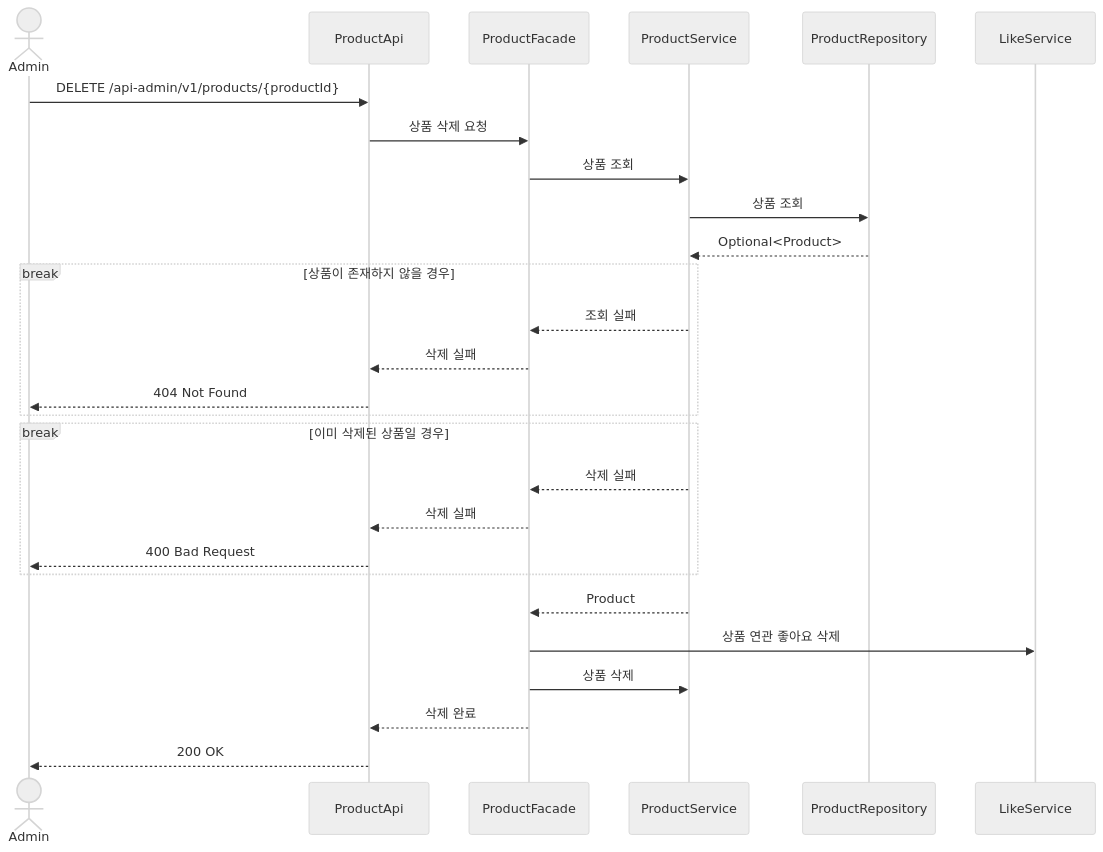
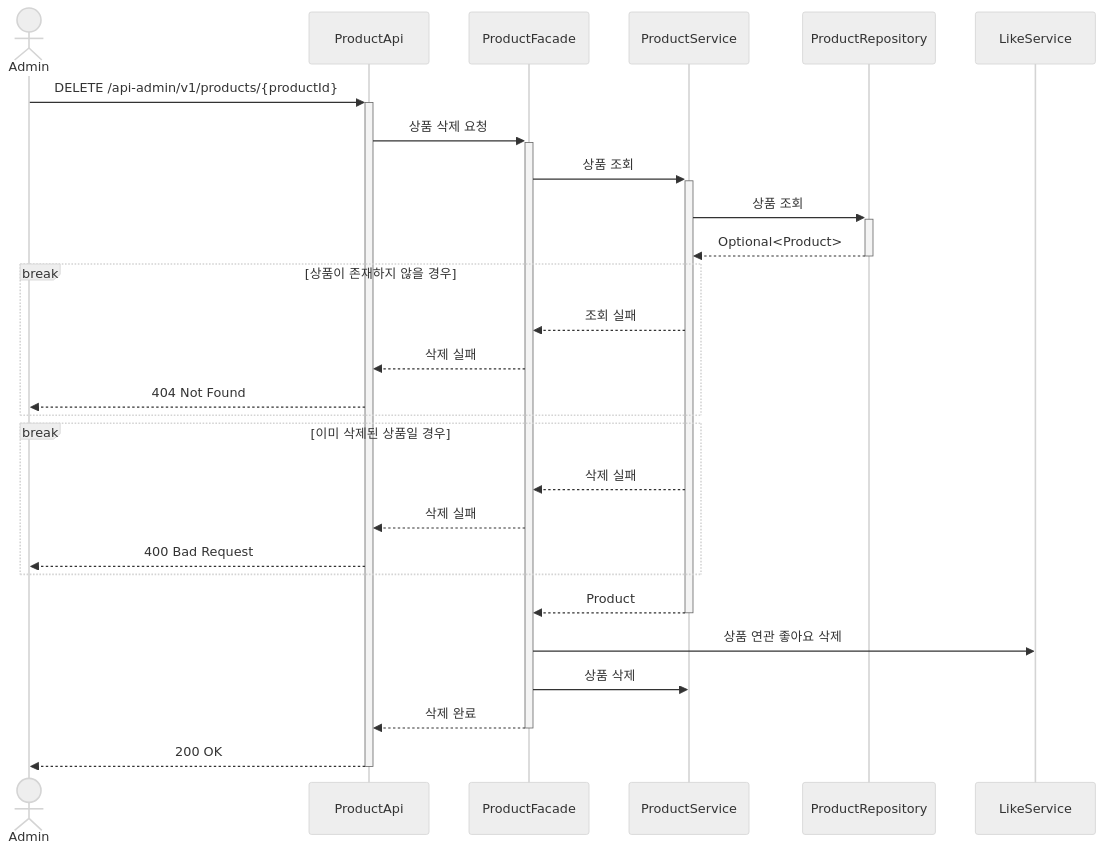
One commit to Loopers-dev-lab/loop-pack-be-l2-vol3-java changed diagram 13 of 23 in .docs/design/02-sequence-diagrams.md. Above: the diagram before and after it, drawn with Mermaid (neutral theme). The commit also changed other lines of this file, not shown here.

Commit message:
docs: 시퀀스 다이어그램에 액티베이션바 추가

````diff
--- a/.docs/design/02-sequence-diagrams.md
+++ b/.docs/design/02-sequence-diagrams.md
@@ -452,34 +456,34 @@
 ```mermaid
 sequenceDiagram
     actor Admin
     participant ProductApi
     participant ProductFacade
     participant ProductService
     participant ProductRepository
     participant LikeService
 
-    Admin ->> ProductApi: DELETE /api-admin/v1/products/{productId}
-    ProductApi ->> ProductFacade: 상품 삭제 요청
-    ProductFacade ->> ProductService: 상품 조회
-    ProductService ->> ProductRepository: 상품 조회
-    ProductRepository -->> ProductService: Optional<Product>
+    Admin ->>+ ProductApi: DELETE /api-admin/v1/products/{productId}
+    ProductApi ->>+ ProductFacade: 상품 삭제 요청
+    ProductFacade ->>+ ProductService: 상품 조회
+    ProductService ->>+ ProductRepository: 상품 조회
+    ProductRepository -->>- ProductService: Optional<Product>
 
     break 상품이 존재하지 않을 경우
         ProductService -->> ProductFacade: 조회 실패
         ProductFacade -->> ProductApi: 삭제 실패
         ProductApi -->> Admin: 404 Not Found
     end
 
     break 이미 삭제된 상품일 경우
         ProductService -->> ProductFacade: 삭제 실패
         ProductFacade -->> ProductApi: 삭제 실패
         ProductApi -->> Admin: 400 Bad Request
     end
 
-    ProductService -->> ProductFacade: Product
+    ProductService -->>- ProductFacade: Product
 
     ProductFacade ->> LikeService: 상품 연관 좋아요 삭제
     ProductFacade ->> ProductService: 상품 삭제
-    ProductFacade -->> ProductApi: 삭제 완료
-    ProductApi -->> Admin: 200 OK
+    ProductFacade -->>- ProductApi: 삭제 완료
+    ProductApi -->>- Admin: 200 OK
 ```
````
